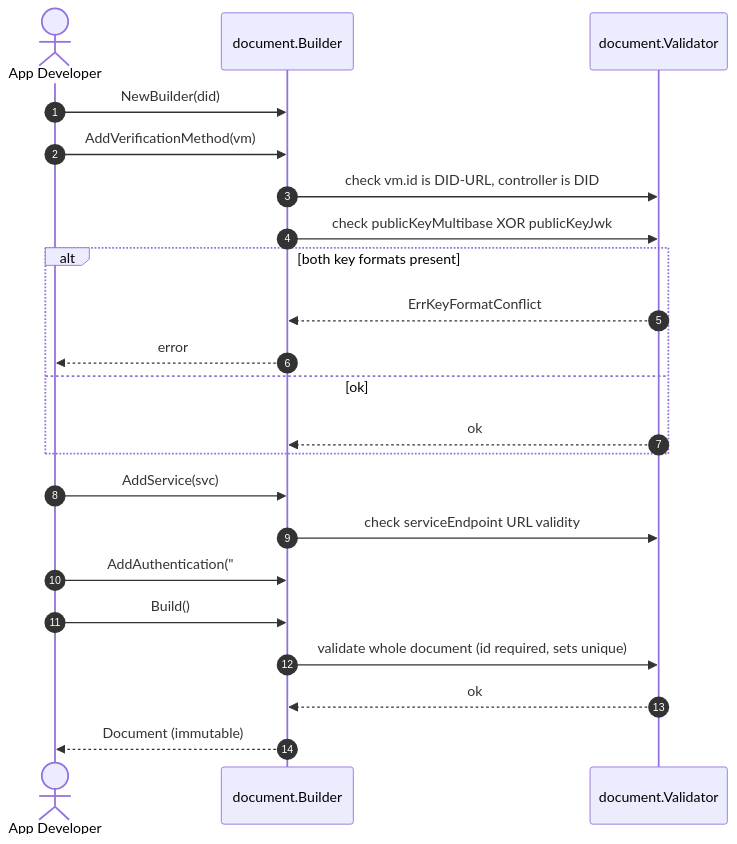
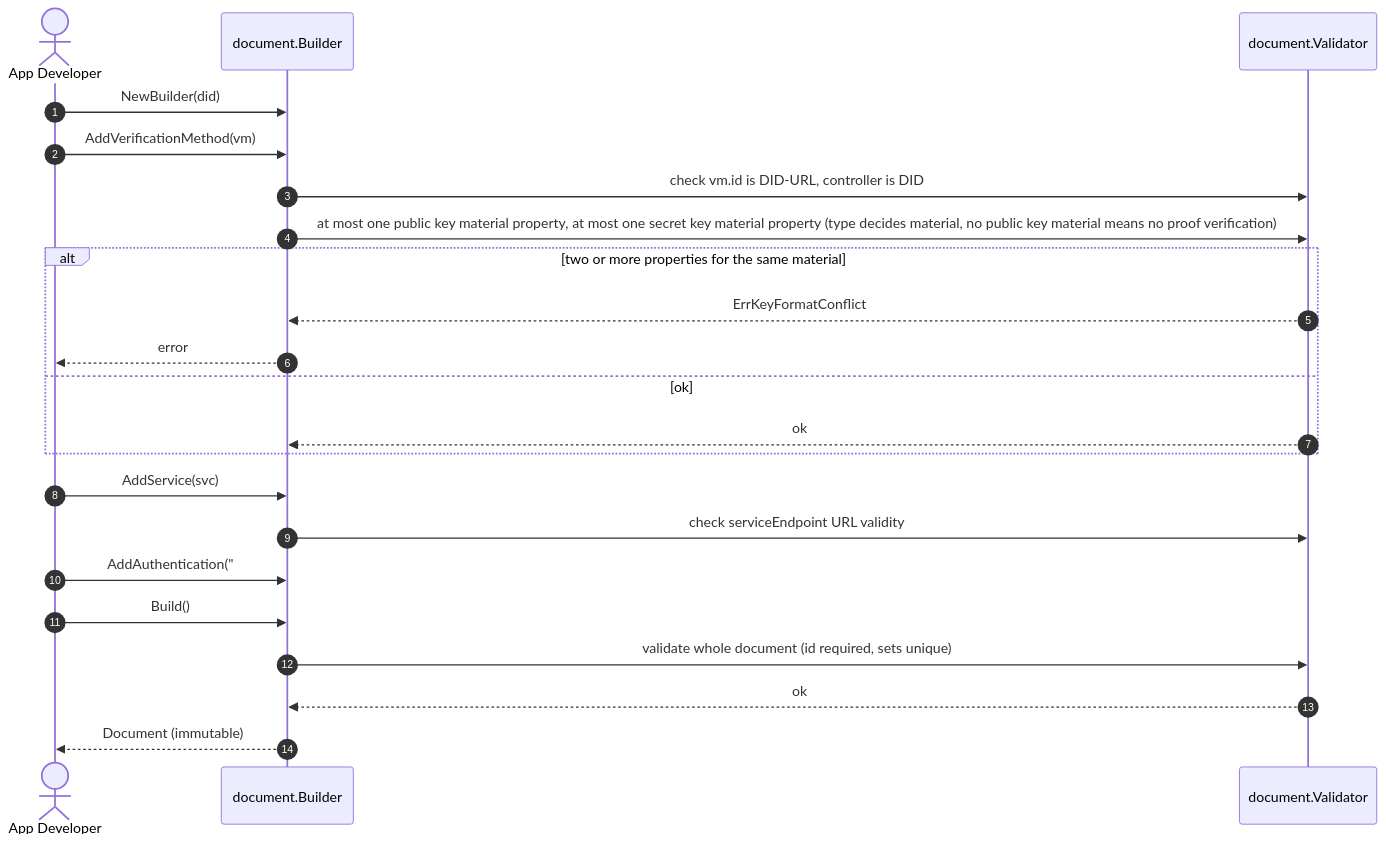
Before and after one commit to SAGE-X-project/did-go: the second of 10 diagrams in docs/02-sequence-diagrams.md, drawn with Mermaid. The commit also changed other lines of this file and 13 other files, not shown here.

````diff
--- a/docs/02-sequence-diagrams.md
+++ b/docs/02-sequence-diagrams.md
@@ -37,25 +37,25 @@
 ```mermaid
 sequenceDiagram
     autonumber
     actor Dev as App Developer
     participant B as document.Builder
     participant Val as document.Validator
 
     Dev->>B: NewBuilder(did)
     Dev->>B: AddVerificationMethod(vm)
     B->>Val: check vm.id is DID-URL, controller is DID
-    B->>Val: check publicKeyMultibase XOR publicKeyJwk
-    alt both key formats present
+    B->>Val: at most one public key material property, at most one secret key material property (type decides material, no public key material means no proof verification)
+    alt two or more properties for the same material
         Val-->>B: ErrKeyFormatConflict
         B-->>Dev: error
     else ok
         Val-->>B: ok
     end
     Dev->>B: AddService(svc)
     B->>Val: check serviceEndpoint URL validity
     Dev->>B: AddAuthentication("#key-1")  %% by reference
     Dev->>B: Build()
     B->>Val: validate whole document (id required, sets unique)
     Val-->>B: ok
     B-->>Dev: Document (immutable)
 ```
````
